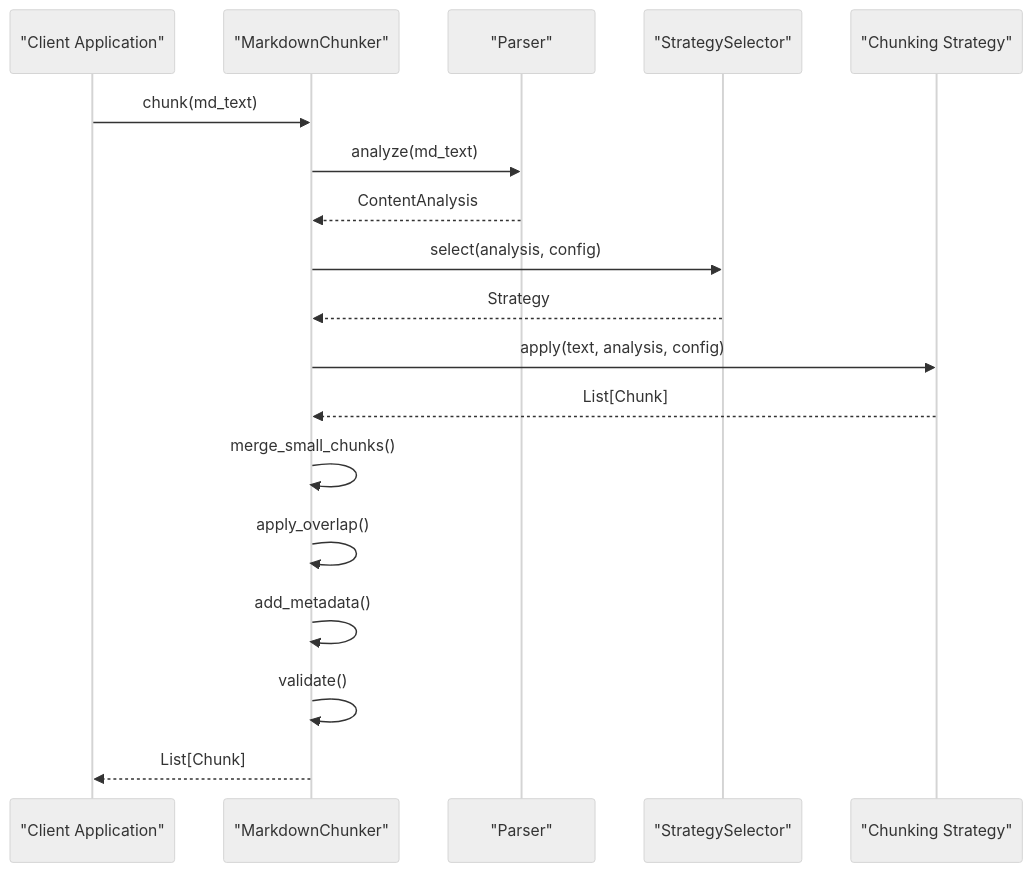
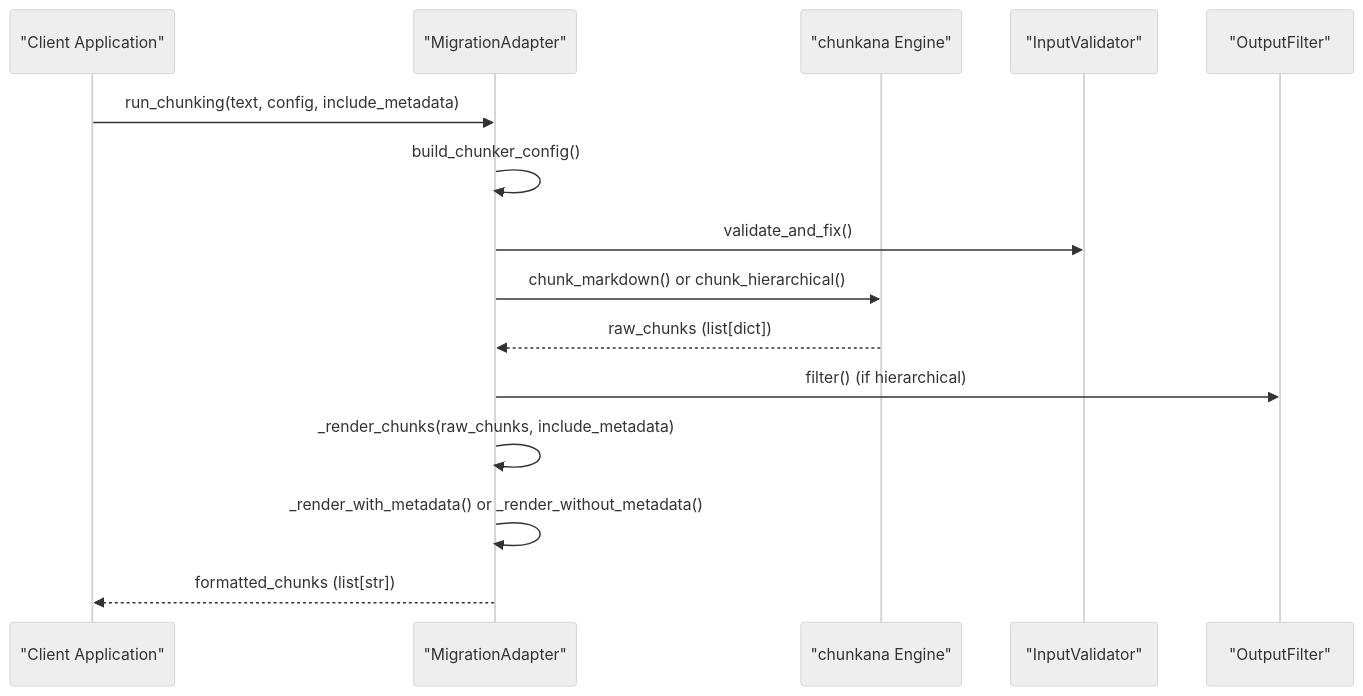
One commit to asukhodko/dify-markdown-chunker changed the fourth of 8 diagrams in .qoder/repowiki/en/content/Architecture/Architecture Overview.md. Above: the diagram before and after it, drawn with Mermaid (neutral theme). The commit also changed other lines of this file and 6 other files, not shown here.

First line of the commit message:
feat(adapter): introduce migration adapter for chunkana integration

````diff
--- a/.qoder/repowiki/en/content/Architecture/Architecture Overview.md
+++ b/.qoder/repowiki/en/content/Architecture/Architecture Overview.md
@@ -219,20 +197,17 @@
 ```mermaid
 sequenceDiagram
 participant Client as "Client Application"
-participant Chunker as "MarkdownChunker"
-participant Parser as "Parser"
-participant Selector as "StrategySelector"
-participant Strategy as "Chunking Strategy"
-Client->>Chunker : chunk(md_text)
-Chunker->>Parser : analyze(md_text)
-Parser-->>Chunker : ContentAnalysis
-Chunker->>Selector : select(analysis, config)
-Selector-->>Chunker : Strategy
-Chunker->>Strategy : apply(text, analysis, config)
-Strategy-->>Chunker : List[Chunk]
-Chunker->>Chunker : merge_small_chunks()
-Chunker->>Chunker : apply_overlap()
-Chunker->>Chunker : add_metadata()
-Chunker->>Chunker : validate()
-Chunker-->>Client : List[Chunk]
+participant Adapter as "MigrationAdapter"
+participant Chunkana as "chunkana Engine"
+participant Validator as "InputValidator"
+participant Filter as "OutputFilter"
+Client->>Adapter : run_chunking(text, config, include_metadata)
+Adapter->>Adapter : build_chunker_config()
+Adapter->>Validator : validate_and_fix()
+Adapter->>Chunkana : chunk_markdown() or chunk_hierarchical()
+Chunkana-->>Adapter : raw_chunks (list[dict])
+Adapter->>Filter : filter() (if hierarchical)
+Adapter->>Adapter : _render_chunks(raw_chunks, include_metadata)
+Adapter->>Adapter : _render_with_metadata() or _render_without_metadata()
+Adapter-->>Client : formatted_chunks (list[str])
 ```
````
